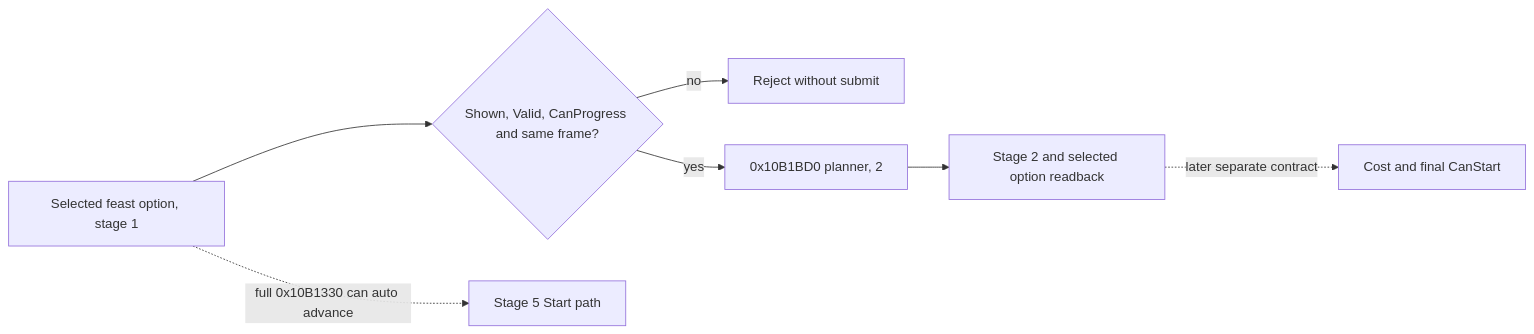
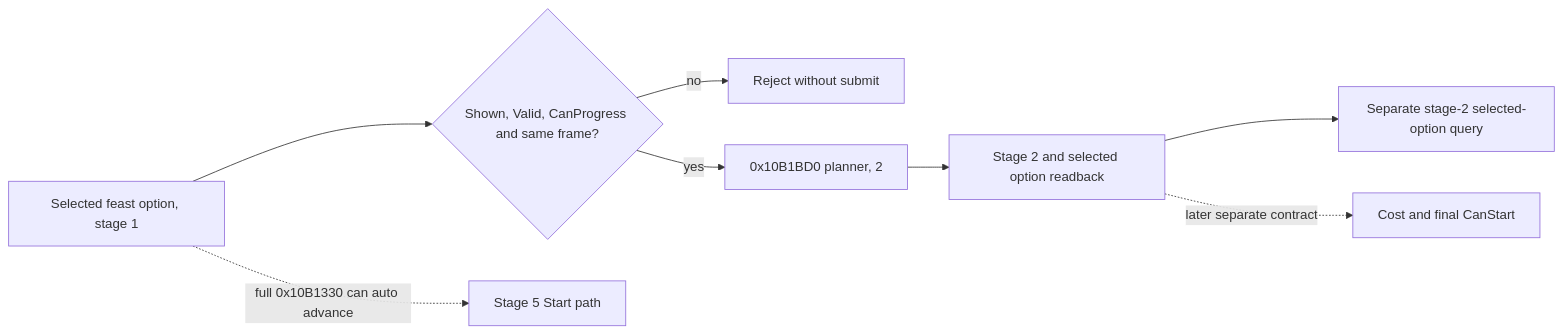
One commit to XenoAmess/ck3_eternal_recurrence changed the diagram in docs/ck3-native-ai/activity-stage1-bounded-confirm-1.19.0.6.md. Above: the diagram before and after it, drawn with Mermaid. The commit also changed other lines of this file and 7 other files, not shown here.

Commit message:
M6-ACTIVITY Read selected feast option after stage transition

````diff
--- a/docs/ck3-native-ai/activity-stage1-bounded-confirm-1.19.0.6.md
+++ b/docs/ck3-native-ai/activity-stage1-bounded-confirm-1.19.0.6.md
@@ -32,9 +32,10 @@
 ```mermaid
 flowchart LR
   A[Selected feast option, stage 1] --> B{Shown, Valid, CanProgress and same frame?}
   B -- no --> R[Reject without submit]
   B -- yes --> C[0x10B1BD0 planner, 2]
   C --> D[Stage 2 and selected option readback]
+  D --> Q[Separate stage-2 selected-option query]
   D -. later separate contract .-> E[Cost and final CanStart]
   A -. full 0x10B1330 can auto advance .-> X[Stage 5 Start path]
 ```
````
